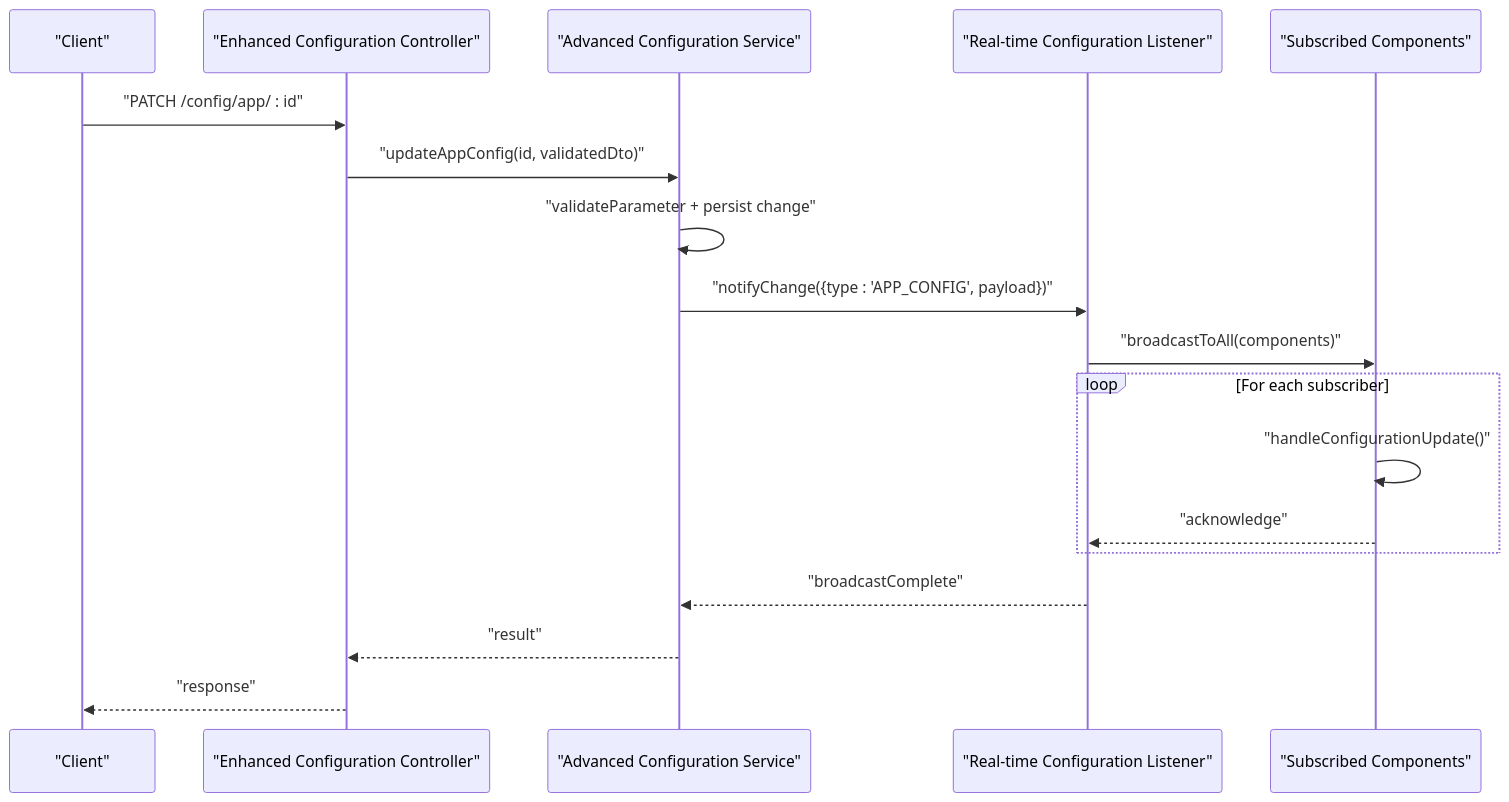
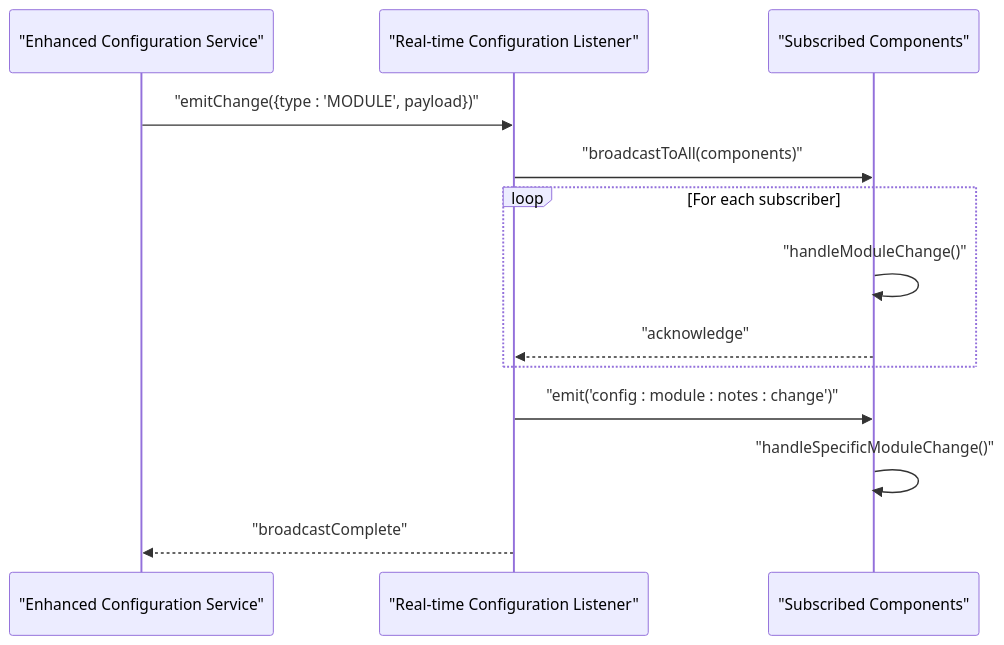
One commit to franckylab/eLISAschool changed the seventh of 11 diagrams in .qoder/repowiki/en/content/Modules & Features/Administrative Modules/Institutional Configuration.md. Above: the diagram before and after it, drawn with Mermaid. The commit also changed other lines of this file and 236 other files, not shown here.

````diff
--- a/.qoder/repowiki/en/content/Modules & Features/Administrative Modules/Institutional Configuration.md
+++ b/.qoder/repowiki/en/content/Modules & Features/Administrative Modules/Institutional Configuration.md
@@ -321,20 +428,15 @@
 ```mermaid
 sequenceDiagram
-participant Client as "Client"
-participant Controller as "Enhanced Configuration Controller"
-participant Service as "Advanced Configuration Service"
+participant Service as "Enhanced Configuration Service"
 participant Listener as "Real-time Configuration Listener"
 participant Subscribers as "Subscribed Components"
-Client->>Controller : "PATCH /config/app/ : id"
-Controller->>Service : "updateAppConfig(id, validatedDto)"
-Service->>Service : "validateParameter + persist change"
-Service->>Listener : "notifyChange({type : 'APP_CONFIG', payload})"
+Service->>Listener : "emitChange({type : 'MODULE', payload})"
 Listener->>Subscribers : "broadcastToAll(components)"
 loop For each subscriber
-Subscribers->>Subscribers : "handleConfigurationUpdate()"
+Subscribers->>Subscribers : "handleModuleChange()"
 Subscribers-->>Listener : "acknowledge"
 end
+Listener->>Subscribers : "emit('config : module : notes : change')"
+Subscribers->>Subscribers : "handleSpecificModuleChange()"
 Listener-->>Service : "broadcastComplete"
-Service-->>Controller : "result"
-Controller-->>Client : "response"
 ```
````
